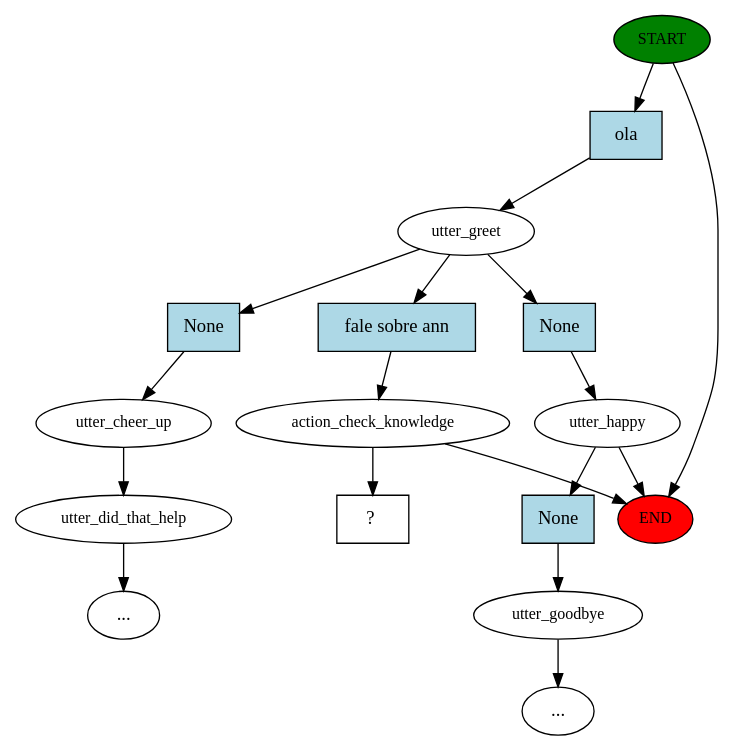
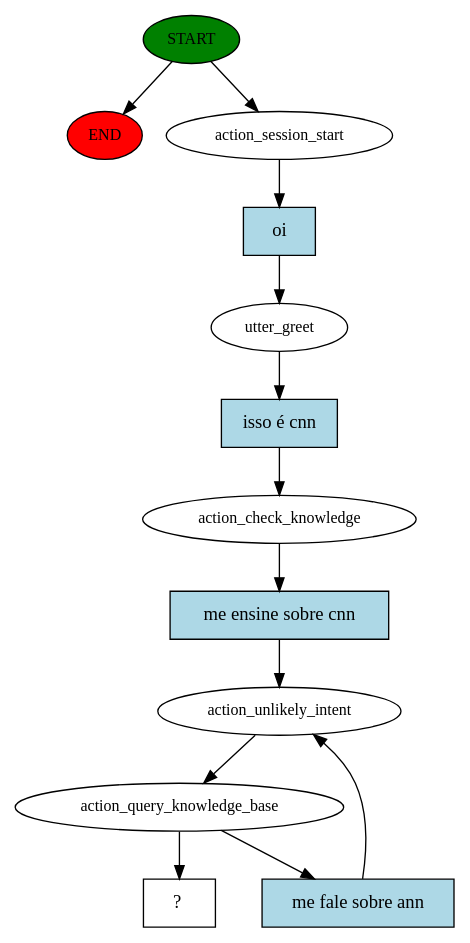
One commit to deeplearningunb/DeepLearningVirtualAssistant-RASA changed the diagram in story_graph.dot. Above: the diagram before and after it, drawn with Graphviz. The commit also changed 14 other files, not shown here.

```diff
--- a/story_graph.dot
+++ b/story_graph.dot
@@ -1,35 +1,26 @@
 digraph  {
 0 [class="start active", fillcolor=green, fontsize=12, label=START, style=filled];
 "-1" [class=end, fillcolor=red, fontsize=12, label=END, style=filled];
-1 [class=active, fontsize=12, label=utter_greet];
-2 [class=active, fontsize=12, label=action_check_knowledge];
-4 [class="", fontsize=12, label=utter_happy];
-6 [class="", fontsize=12, label=utter_cheer_up];
-7 [class="", fontsize=12, label=utter_did_that_help];
-"-4" [class=ellipsis, label="..."];
-13 [class="", fontsize=12, label=utter_goodbye];
-"-5" [class=ellipsis, label="..."];
-16 [class="intent dashed active", label="  ?  ", shape=rect];
-17 [class="intent active", fillcolor=lightblue, label=ola, shape=rect, style=filled];
-18 [class="intent active", fillcolor=lightblue, label="fale sobre ann", shape=rect, style=filled];
-19 [class=intent, fillcolor=lightblue, label=None, shape=rect, style=filled];
-20 [class=intent, fillcolor=lightblue, label=None, shape=rect, style=filled];
-21 [class=intent, fillcolor=lightblue, label=None, shape=rect, style=filled];
+1 [class=active, fontsize=12, label=action_session_start];
+2 [class=active, fontsize=12, label=utter_greet];
+3 [class=active, fontsize=12, label=action_check_knowledge];
+4 [class=active, fontsize=12, label=action_unlikely_intent];
+5 [class=active, fontsize=12, label=action_query_knowledge_base];
+10 [class="intent dashed active", label="  ?  ", shape=rect];
+11 [class="intent active", fillcolor=lightblue, label=oi, shape=rect, style=filled];
+12 [class="intent active", fillcolor=lightblue, label="isso é cnn", shape=rect, style=filled];
+13 [class="intent active", fillcolor=lightblue, label="me ensine sobre cnn", shape=rect, style=filled];
+14 [class="intent active", fillcolor=lightblue, label="me fale sobre ann", shape=rect, style=filled];
 0 -> "-1"  [class="", key=NONE, label=""];
-0 -> 17  [class=active, key=0];
-1 -> 18  [class=active, key=0];
-1 -> 19  [class="", key=0];
-1 -> 20  [class="", key=0];
-2 -> "-1"  [class="", key=NONE, label=""];
-2 -> 16  [class=active, key=NONE, label=""];
-4 -> "-1"  [class="", key=NONE, label=""];
-4 -> 21  [class="", key=0];
-6 -> 7  [class="", key=NONE, label=""];
-7 -> "-4"  [class="", key=NONE, label=""];
-13 -> "-5"  [class="", key=NONE, label=""];
-17 -> 1  [class=active, key=0];
-18 -> 2  [class=active, key=0];
-19 -> 4  [class="", key=0];
-20 -> 6  [class="", key=0];
-21 -> 13  [class="", key=0];
+0 -> 1  [class=active, key=NONE, label=""];
+1 -> 11  [class=active, key=0];
+2 -> 12  [class=active, key=0];
+3 -> 13  [class=active, key=0];
+4 -> 5  [class=active, key=NONE, label=""];
+5 -> 10  [class=active, key=NONE, label=""];
+5 -> 14  [class=active, key=0];
+11 -> 2  [class=active, key=0];
+12 -> 3  [class=active, key=0];
+13 -> 4  [class=active, key=0];
+14 -> 4  [class=active, key=0];
 }
```
